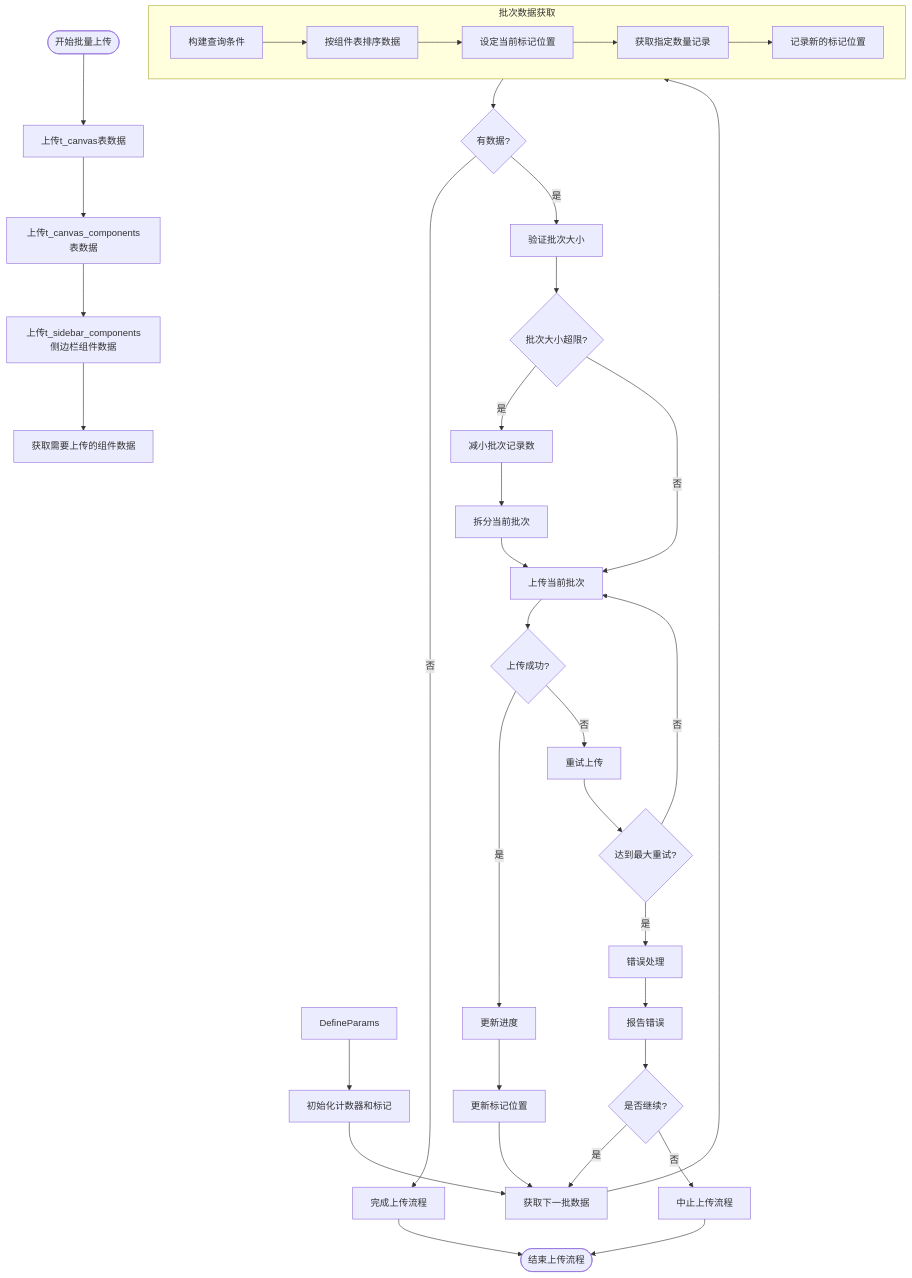
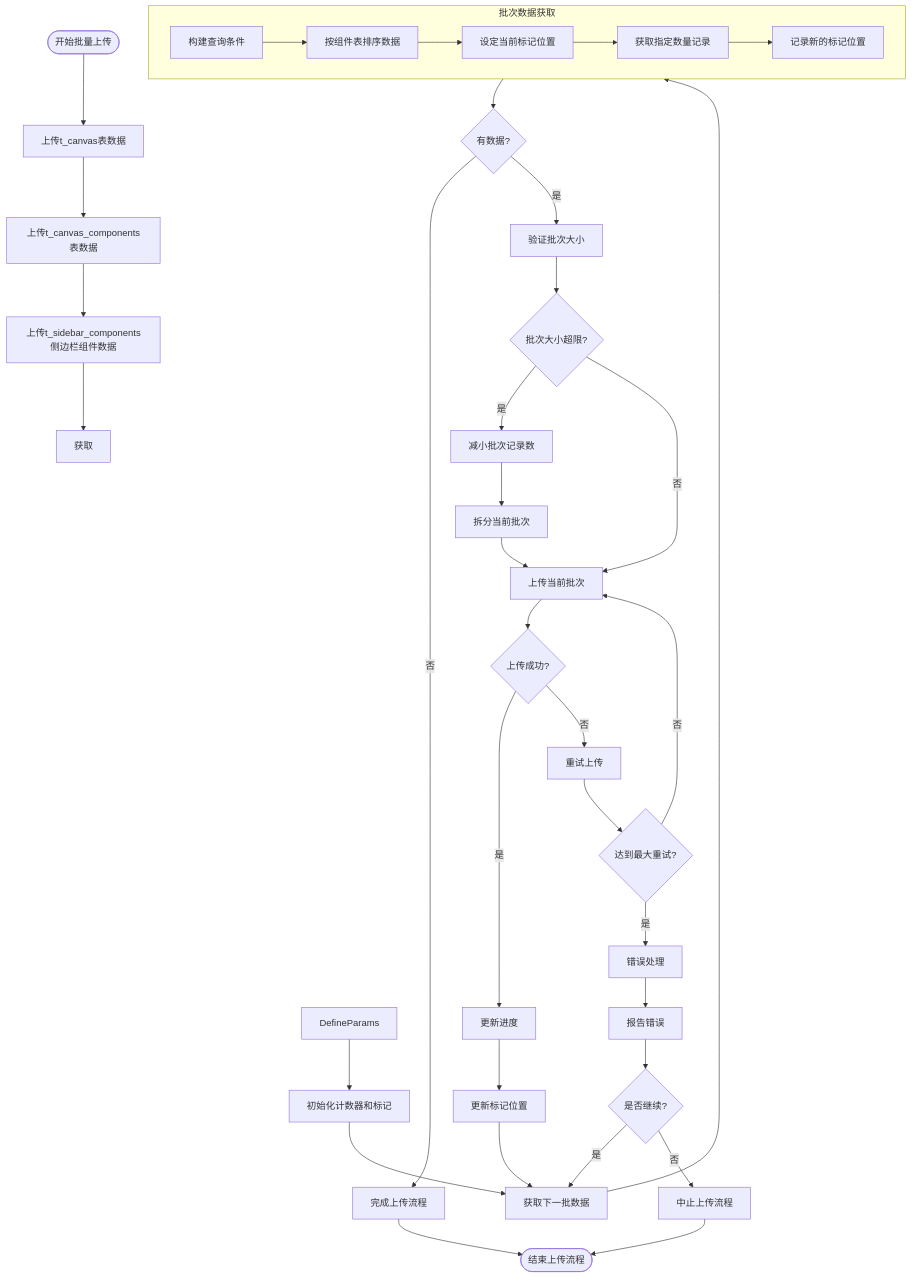
One commit to yingjianzh/iodraw-files changed the diagram in all/未命名-51.md. Above: the diagram before and after it, drawn with Mermaid.

Commit message:
2025-05-08 17:24:56 update

````diff
--- a/all/未命名-51.md
+++ b/all/未命名-51.md
@@ -1,50 +1,50 @@
 ```mermaid
 flowchart TD
     Start([开始批量上传]) --> UploadSpaceData[上传t_canvas表数据]
     UploadSpaceData --> UploadComponentListData[上传t_canvas_components表数据]
     UploadComponentListData --> UploadSiderComponent[上传t_sidebar_components侧边栏组件数据]
     
-    UploadSiderComponent --> UploadData[获取需要上传的组件数据]
+    UploadSiderComponent --> UploadData[获取]
     DefineParams --> InitCounters[初始化计数器和标记]
     
     InitCounters --> FetchNextBatch[获取下一批数据]
     
     subgraph BatchFetch [批次数据获取]
         A[构建查询条件] --> B[按组件表排序数据]
         B --> C[设定当前标记位置]
         C --> D[获取指定数量记录]
         D --> E[记录新的标记位置]
     end
     
     FetchNextBatch --> BatchFetch
     
     BatchFetch --> CheckResults{有数据?}
     CheckResults -->|否| CompleteUpload[完成上传流程]
     CheckResults -->|是| ValidateBatch[验证批次大小]
     
     ValidateBatch --> SizeTooLarge{批次大小超限?}
     SizeTooLarge -->|是| AdjustBatchSize[减小批次记录数]
     SizeTooLarge -->|否| UploadBatch[上传当前批次]
     
     AdjustBatchSize --> SplitBatch[拆分当前批次]
     SplitBatch --> UploadBatch
     
     UploadBatch --> UploadSuccess{上传成功?}
     UploadSuccess -->|是| UpdateProgress[更新进度]
     UploadSuccess -->|否| RetryUpload[重试上传]
     
     RetryUpload --> MaxRetries{达到最大重试?}
     MaxRetries -->|否| UploadBatch
     MaxRetries -->|是| ErrorHandling[错误处理]
     
     ErrorHandling --> ReportError[报告错误]
     ReportError --> ContinueOption{是否继续?}
     ContinueOption -->|是| FetchNextBatch
     ContinueOption -->|否| AbortProcess[中止上传流程]
     
     UpdateProgress --> UpdateMarker[更新标记位置]
     UpdateMarker --> FetchNextBatch
     
     CompleteUpload --> End([结束上传流程])
     AbortProcess --> End
 ```
````
